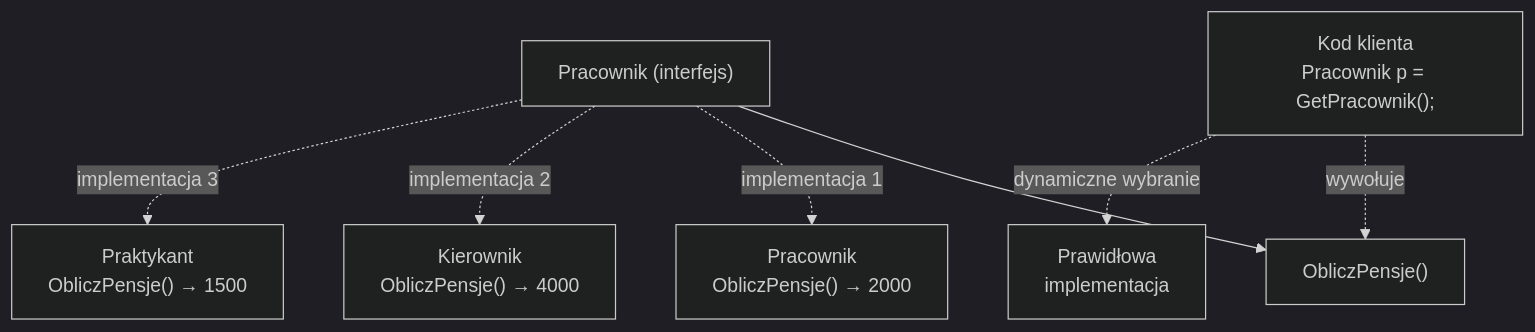
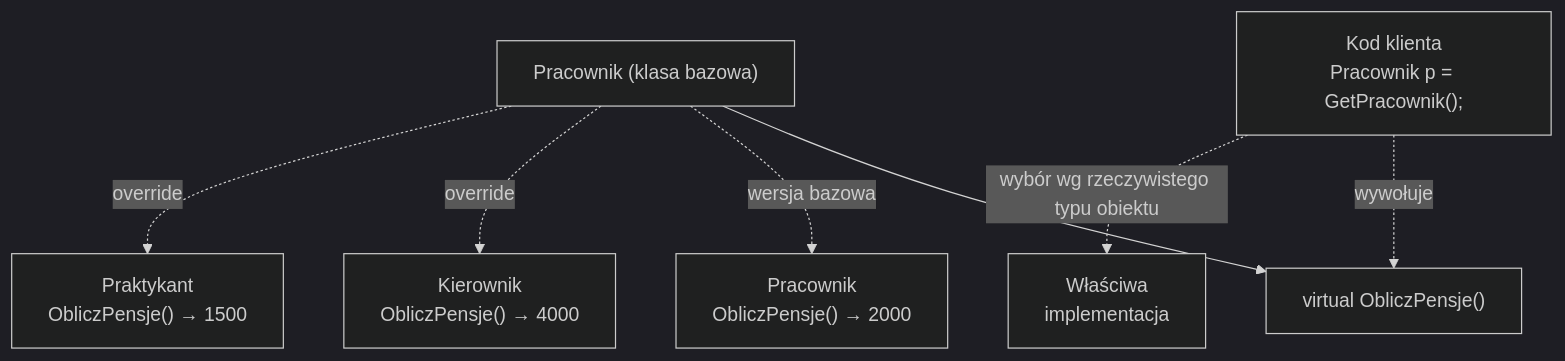
The fifth of 8 diagrams in src/01-klasy/_01_oop_fundamentals/README.md (tborzyszkowski/csharp-programming), drawn with Mermaid (dark theme) before and after one commit. The commit also changed other lines of this file and 74 other files, not shown here.

````diff
--- a/src/01-klasy/_01_oop_fundamentals/README.md
+++ b/src/01-klasy/_01_oop_fundamentals/README.md
@@ -320,12 +325,12 @@
 ```mermaid
 graph TB
-    A["Pracownik (interfejs)"]
-    A --> B["ObliczPensje()"]
+    A["Pracownik (klasa bazowa)"]
+    A --> B["virtual ObliczPensje()"]
     
-    A -.->|"implementacja 1"| C["Pracownik<br/>ObliczPensje() → 2000"]
-    A -.->|"implementacja 2"| D["Kierownik<br/>ObliczPensje() → 4000"]
-    A -.->|"implementacja 3"| E["Praktykant<br/>ObliczPensje() → 1500"]
+    A -.->|"wersja bazowa"| C["Pracownik<br/>ObliczPensje() → 2000"]
+    A -.->|"override"| D["Kierownik<br/>ObliczPensje() → 4000"]
+    A -.->|"override"| E["Praktykant<br/>ObliczPensje() → 1500"]
     
     F["Kod klienta<br/>Pracownik p = GetPracownik();"] -.->|"wywołuje"| B
-    F -.->|"dynamiczne wybranie"| G["Prawidłowa<br/>implementacja"]
+    F -.->|"wybór wg rzeczywistego typu obiektu"| G["Właściwa<br/>implementacja"]
 ```
````
